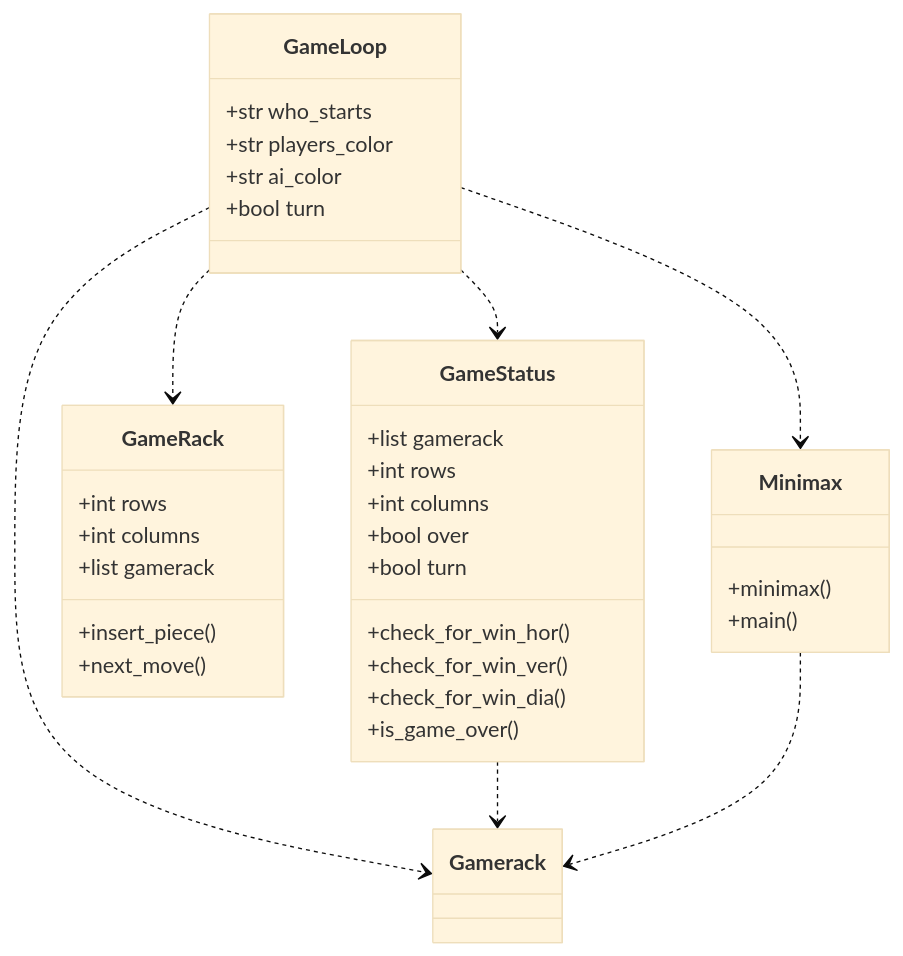
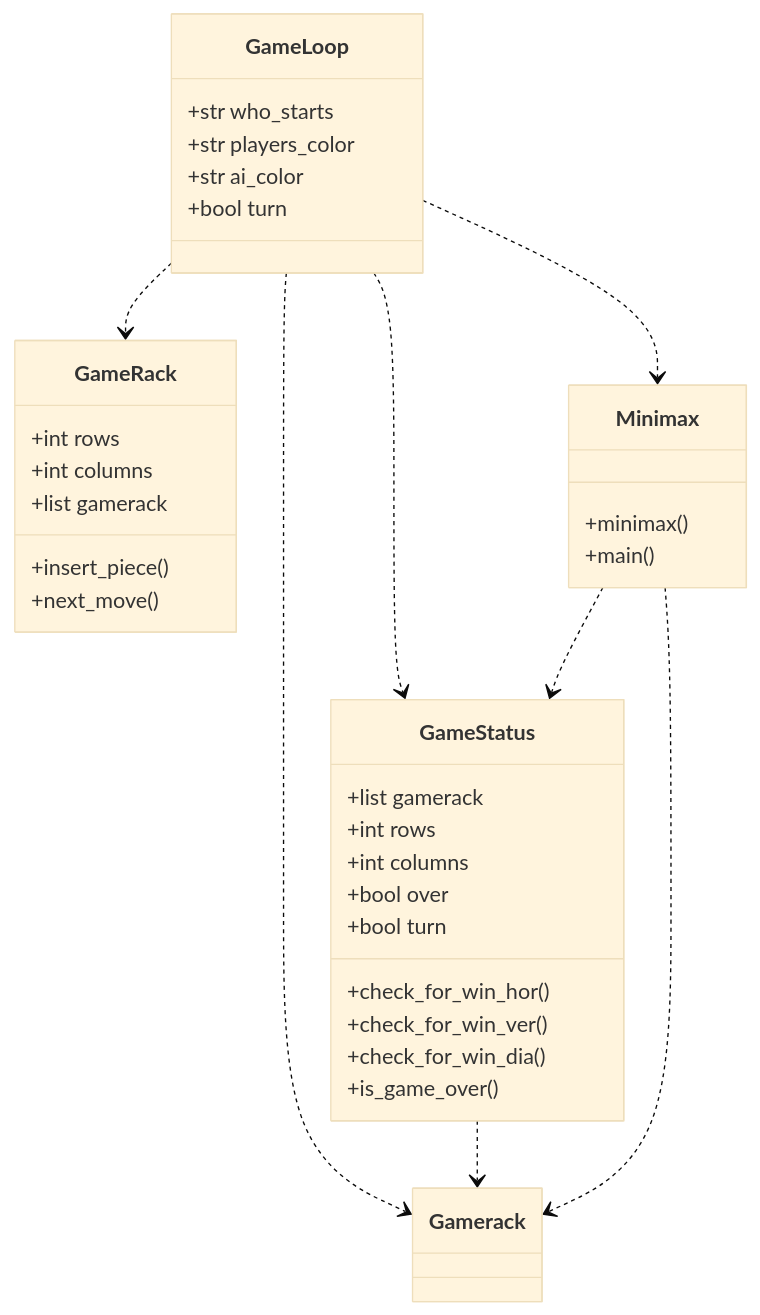
One commit to lottapispa/Connect-Four-tiralabra changed the diagram in documentation/implementation.md. Above: the diagram before and after it, drawn with Mermaid (base theme).

````diff
--- a/documentation/implementation.md
+++ b/documentation/implementation.md
@@ -4,37 +4,38 @@
 ```mermaid
 classDiagram
     GameLoop ..> GameStatus
     GameLoop ..> GameRack
     GameLoop ..> Minimax
     GameLoop ..> Gamerack
     GameStatus ..> Gamerack
+    Minimax ..> GameStatus
     Minimax ..> Gamerack
     class GameLoop{
         +str who_starts
         +str players_color
         +str ai_color
         +bool turn
     }
     class GameStatus{
         +list gamerack
         +int rows
         +int columns
         +bool over
         +bool turn
         +check_for_win_hor()
         +check_for_win_ver()
         +check_for_win_dia()
         +is_game_over()
     }
     class GameRack{
         +int rows
         +int columns
         +list gamerack
         +insert_piece()
         +next_move()
     }
     class Minimax{
         +minimax()
         +main()
     }
 ```
````
